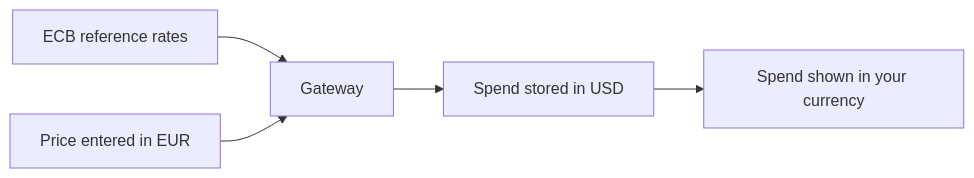
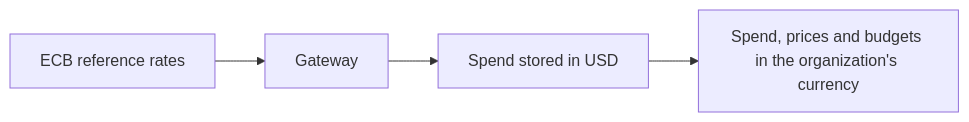
One commit to logicplanes/kaeso changed the diagram in apps/docs/content/en/concepts/currencies.md. Above: the diagram before and after it, drawn with Mermaid. The commit also changed other lines of this file and 191 other files, not shown here.

First line of the commit message:
Organizations set the currency Kaeso shows all money in: spend, prices and budgets (#1376)

````diff
--- a/apps/docs/content/en/concepts/currencies.md
+++ b/apps/docs/content/en/concepts/currencies.md
@@ -9,9 +9,8 @@
 ```mermaid
 flowchart LR
-  accTitle: Where other currencies appear
-  accDescr: The gateway fetches the ECB's reference rates once a working day. A price entered in euros is costed in US dollars at the latest rate, and spend stored in US dollars is shown in your currency as an estimate.
+  accTitle: Where the organization's currency comes in
+  accDescr: The gateway fetches the ECB's reference rates once a working day. Requests are costed and stored in US dollars, and the organization reads spend, prices and budgets in its own currency.
   ecb[ECB reference rates]:::outside --> gateway[Gateway]:::accent
-  price[Price entered in EUR] --> gateway
   gateway --> stored[Spend stored in USD]
-  stored --> shown[Spend shown in your currency]
+  stored --> shown[Spend, prices and budgets in the organization's currency]
 ```
````
